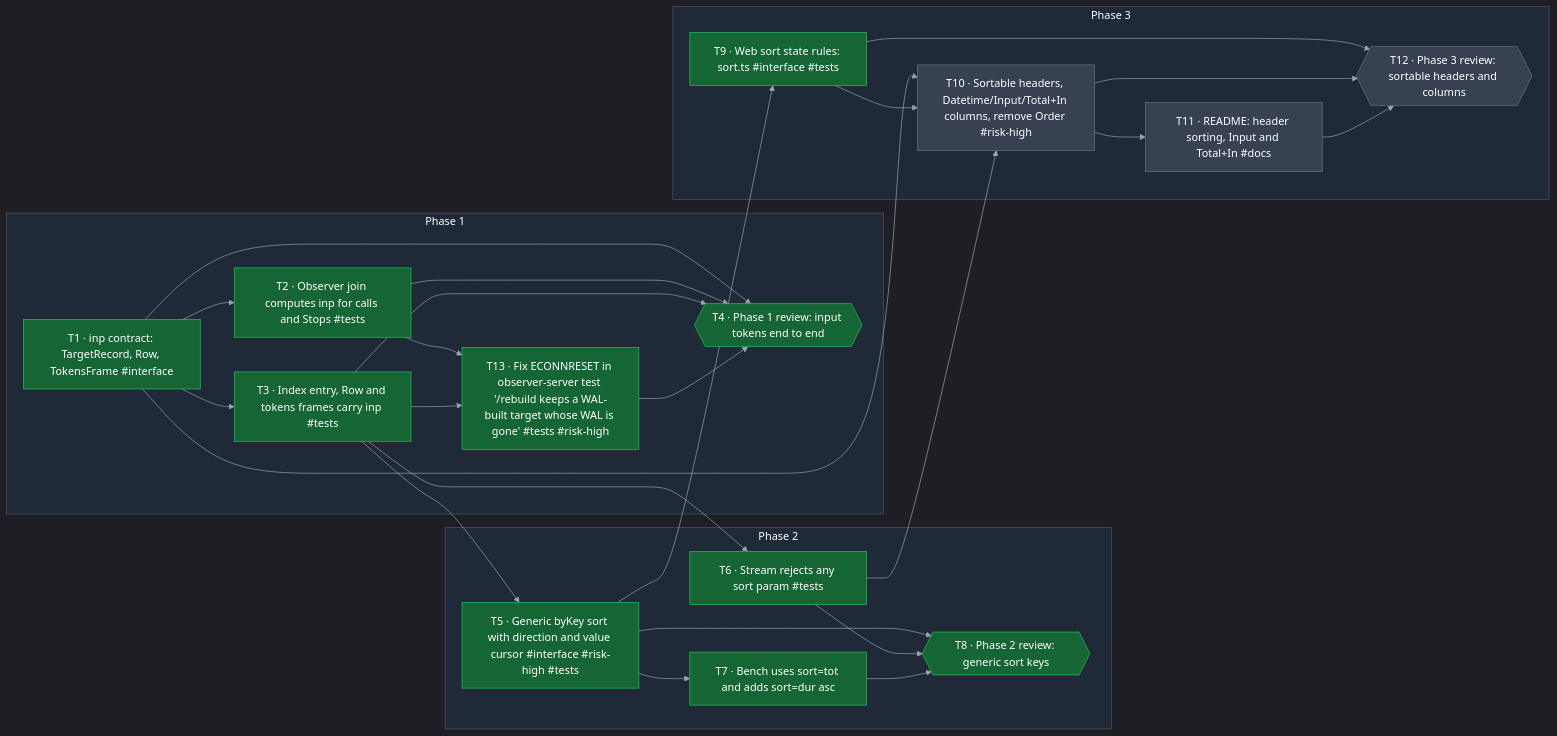
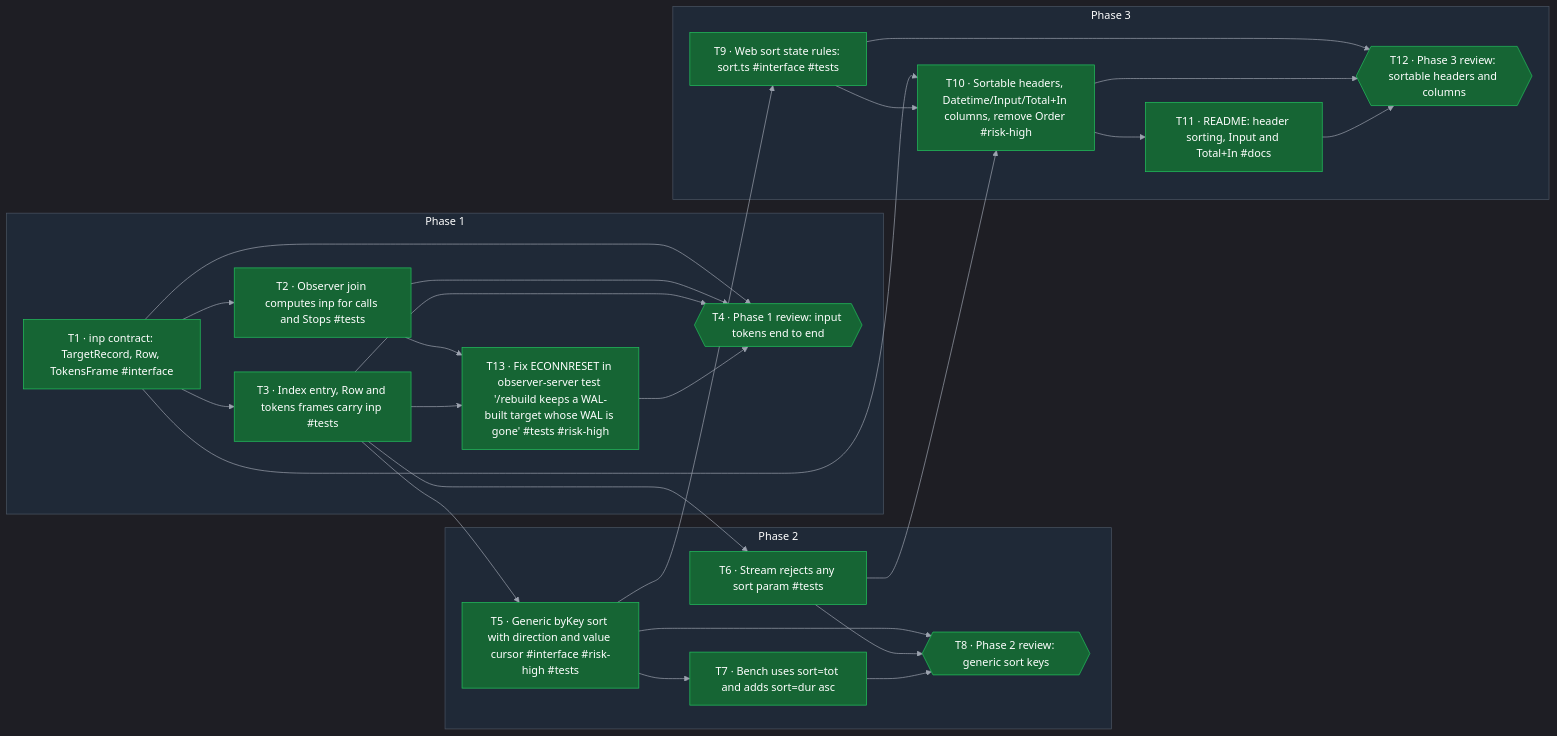
The diagram in .ai/changes/wal-sort-capabilities/graph.mmd (raqs31/claude-wal-session-viewer), drawn with Mermaid before and after one commit. The commit also changed 16 other files, not shown here.

```diff
--- a/.ai/changes/wal-sort-capabilities/graph.mmd
+++ b/.ai/changes/wal-sort-capabilities/graph.mmd
@@ -1,79 +1,79 @@
 %%{init: {
   'theme': 'dark',
   'themeVariables': {
     'textColor': '#f3f4f6',
     'primaryTextColor': '#f3f4f6',
     'secondaryTextColor': '#e5e7eb',
     'tertiaryTextColor': '#d1d5db',
     'mainBkg': '#111827',
     'nodeBorder': '#4b5563',
     'clusterBkg': '#1f2937',
     'clusterBorder': '#374151',
     'lineColor': '#9ca3af'
   }
 }}%%
 flowchart LR
   classDef todo fill:#374151,stroke:#6b7280,color:#ffffff
   classDef in_progress fill:#1e3a8a,stroke:#3b82f6,color:#ffffff
   classDef review fill:#5b21b6,stroke:#8b5cf6,color:#ffffff
   classDef blocked fill:#991b1b,stroke:#ef4444,color:#ffffff
   classDef user_review fill:#854d0e,stroke:#f59e0b,color:#ffffff
   classDef done fill:#166534,stroke:#22c55e,color:#ffffff
   classDef declined fill:#4b5563,stroke:#9ca3af,color:#ffffff
   subgraph phase_1["Phase 1"]
     T1["T1 · inp contract: TargetRecord, Row, TokensFrame #interface"]
     T2["T2 · Observer join computes inp for calls and Stops #tests"]
     T3["T3 · Index entry, Row and tokens frames carry inp #tests"]
     T4{{"T4 · Phase 1 review: input tokens end to end"}}
     T13["T13 · Fix ECONNRESET in observer-server test '/rebuild keeps a WAL-built target whose WAL is gone' #tests #risk-high"]
   end
   subgraph phase_2["Phase 2"]
     T5["T5 · Generic byKey sort with direction and value cursor #interface #risk-high #tests"]
     T6["T6 · Stream rejects any sort param #tests"]
     T7["T7 · Bench uses sort=tot and adds sort=dur asc"]
     T8{{"T8 · Phase 2 review: generic sort keys"}}
   end
   subgraph phase_3["Phase 3"]
     T9["T9 · Web sort state rules: sort.ts #interface #tests"]
     T10["T10 · Sortable headers, Datetime/Input/Total+In columns, remove Order #risk-high"]
     T11["T11 · README: header sorting, Input and Total+In #docs"]
     T12{{"T12 · Phase 3 review: sortable headers and columns"}}
   end
   T1 --> T2
   T1 --> T3
   T1 --> T4
   T1 --> T10
   T2 --> T4
   T2 --> T13
   T3 --> T4
   T3 --> T5
   T3 --> T6
   T3 --> T13
   T5 --> T7
   T5 --> T8
   T5 --> T9
   T6 --> T8
   T6 --> T10
   T7 --> T8
   T9 --> T10
   T9 --> T12
   T10 --> T11
   T10 --> T12
   T11 --> T12
   T13 --> T4
   class T1 done
   class T2 done
   class T3 done
   class T4 done
   class T5 done
   class T6 done
   class T7 done
   class T8 done
   class T9 done
-  class T10 todo
-  class T11 todo
-  class T12 todo
+  class T10 done
+  class T11 done
+  class T12 done
   class T13 done
   style phase_1 color:#ffffff,fill:#1f2937,stroke:#4b5563
   style phase_2 color:#ffffff,fill:#1f2937,stroke:#4b5563
   style phase_3 color:#ffffff,fill:#1f2937,stroke:#4b5563
```
